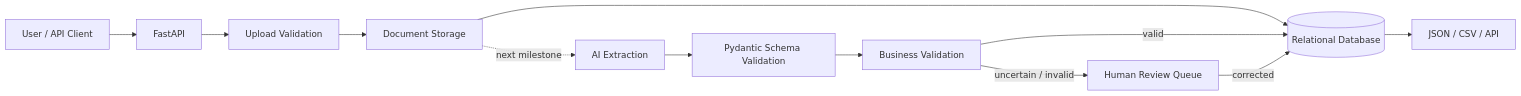
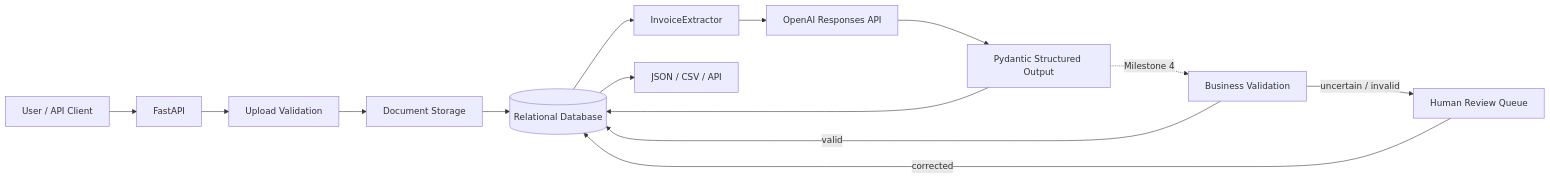
One commit to mawellsy/ai-document-review changed the diagram in ARCHITECTURE.md. Above: the diagram before and after it, drawn with Mermaid. The commit also changed other lines of this file and 16 other files, not shown here.

````diff
--- a/ARCHITECTURE.md
+++ b/ARCHITECTURE.md
@@ -5,22 +5,24 @@
 ```mermaid
 flowchart LR
     U[User / API Client]
     API[FastAPI]
     V[Upload Validation]
     S[Document Storage]
     DB[(Relational Database)]
-    E[AI Extraction]
-    P[Pydantic Schema Validation]
+    E[InvoiceExtractor]
+    O[OpenAI Responses API]
+    P[Pydantic Structured Output]
     B[Business Validation]
     R[Human Review Queue]
     X[JSON / CSV / API]
 
     U --> API --> V --> S
     S --> DB
-    S -. next milestone .-> E
-    E --> P --> B
+    DB --> E --> O --> P
+    P --> DB
+    P -. Milestone 4 .-> B
     B -->|valid| DB
     B -->|uncertain / invalid| R
     R -->|corrected| DB
     DB --> X
 ```
````
